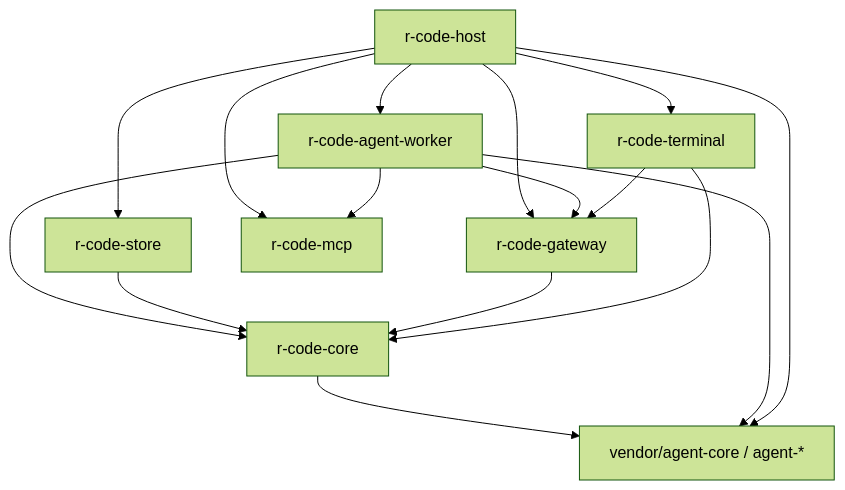
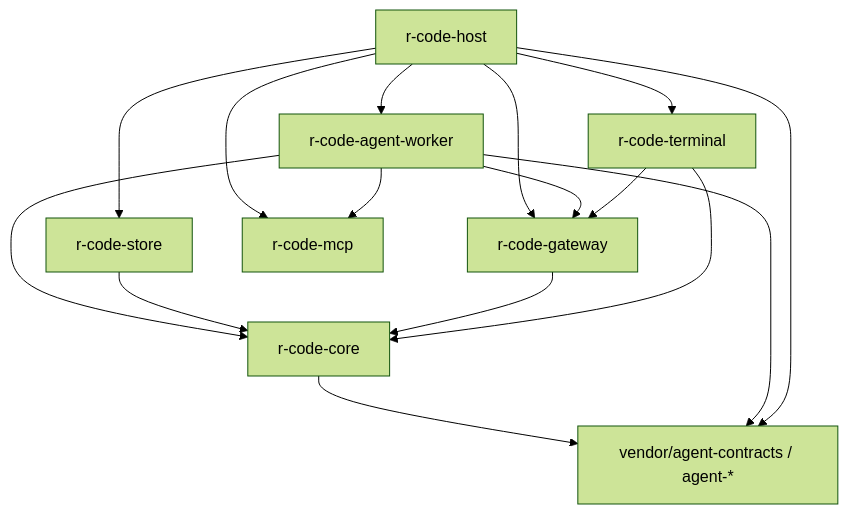
Before and after one commit to foritin/r-code: the second of 8 diagrams in docs/architecture.md, drawn with Mermaid (forest theme). The commit also changed other lines of this file and 153 other files, not shown here.

````diff
--- a/docs/architecture.md
+++ b/docs/architecture.md
@@ -89,18 +89,18 @@
 ```mermaid
 flowchart TD
     Host["r-code-host"] --> Worker["r-code-agent-worker"]
     Host --> Store["r-code-store"]
     Host --> Gateway["r-code-gateway"]
     Host --> Terminal["r-code-terminal"]
     Host --> MCPClient["r-code-mcp"]
     Worker --> Gateway
     Worker --> Core["r-code-core"]
     Worker --> MCPClient
     Store --> Core
     Gateway --> Core
     Terminal --> Gateway
     Terminal --> Core
-    Core --> AgentCore["vendor/agent-core / agent-*"]
-    Worker --> AgentCore
-    Host --> AgentCore
+    Core --> AgentContracts["vendor/agent-contracts / agent-*"]
+    Worker --> AgentContracts
+    Host --> AgentContracts
 ```
````
